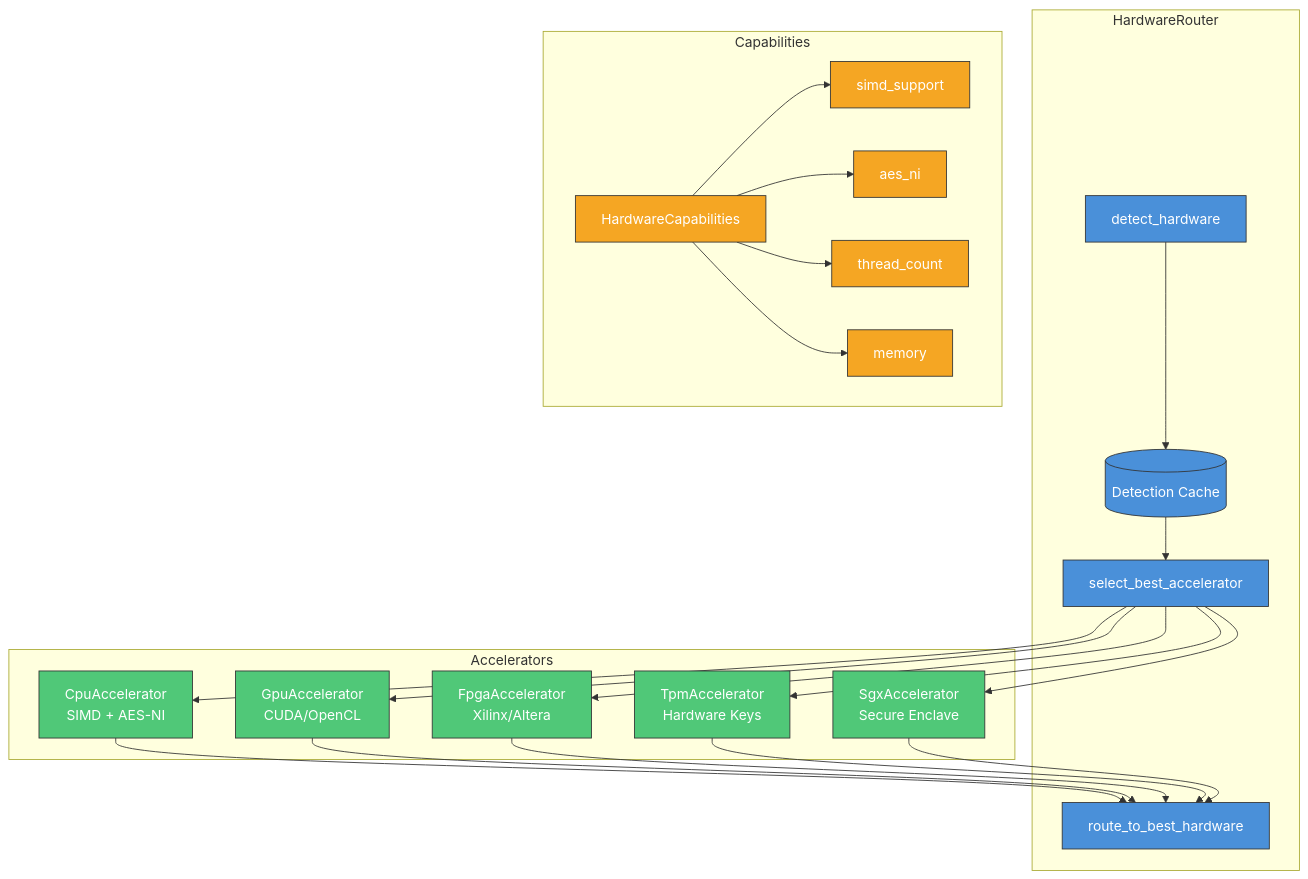
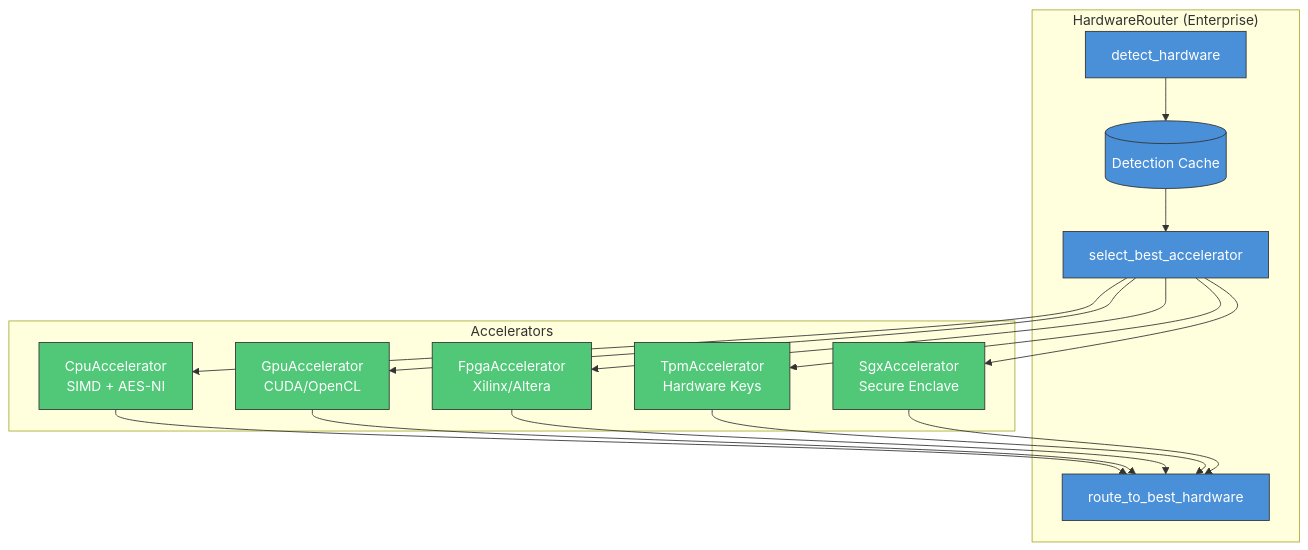
The eighth of 13 diagrams in docs/DESIGN.md (LatticeArc/latticearc), drawn with Mermaid before and after one commit. The commit also changed other lines of this file, not shown here.

First line of the commit message:
docs: Clarify Apache vs Enterprise feature scope in DESIGN.md

````diff
--- a/docs/DESIGN.md
+++ b/docs/DESIGN.md
@@ -235,52 +311,38 @@
 ```mermaid
 flowchart TD
-    subgraph "HardwareRouter"
+    subgraph "HardwareRouter (Enterprise)"
         DETECT[detect_hardware]
         CACHE[(Detection Cache)]
         SELECT[select_best_accelerator]
         ROUTE[route_to_best_hardware]
     end
 
     subgraph "Accelerators"
         CPU[CpuAccelerator<br/>SIMD + AES-NI]
         GPU[GpuAccelerator<br/>CUDA/OpenCL]
         FPGA[FpgaAccelerator<br/>Xilinx/Altera]
         TPM[TpmAccelerator<br/>Hardware Keys]
         SGX[SgxAccelerator<br/>Secure Enclave]
-    end
-
-    subgraph "Capabilities"
-        CAPS[HardwareCapabilities]
-        SIMD[simd_support]
-        AESNI[aes_ni]
-        THREADS[thread_count]
-        MEM[memory]
     end
 
     DETECT --> CACHE
     CACHE --> SELECT
     SELECT --> CPU
     SELECT --> GPU
     SELECT --> FPGA
     SELECT --> TPM
     SELECT --> SGX
 
     CPU --> ROUTE
     GPU --> ROUTE
     FPGA --> ROUTE
     TPM --> ROUTE
     SGX --> ROUTE
 
-    CAPS --> SIMD
-    CAPS --> AESNI
-    CAPS --> THREADS
-    CAPS --> MEM
-
     classDef router fill:#4a90d9,stroke:#333,color:#fff
     classDef accel fill:#50c878,stroke:#333,color:#fff
-    classDef caps fill:#f5a623,stroke:#333,color:#fff
+    classDef enterprise fill:#e74c3c,stroke:#333,color:#fff
 
     class DETECT,CACHE,SELECT,ROUTE router
     class CPU,GPU,FPGA,TPM,SGX accel
-    class CAPS,SIMD,AESNI,THREADS,MEM caps
 ```
````
